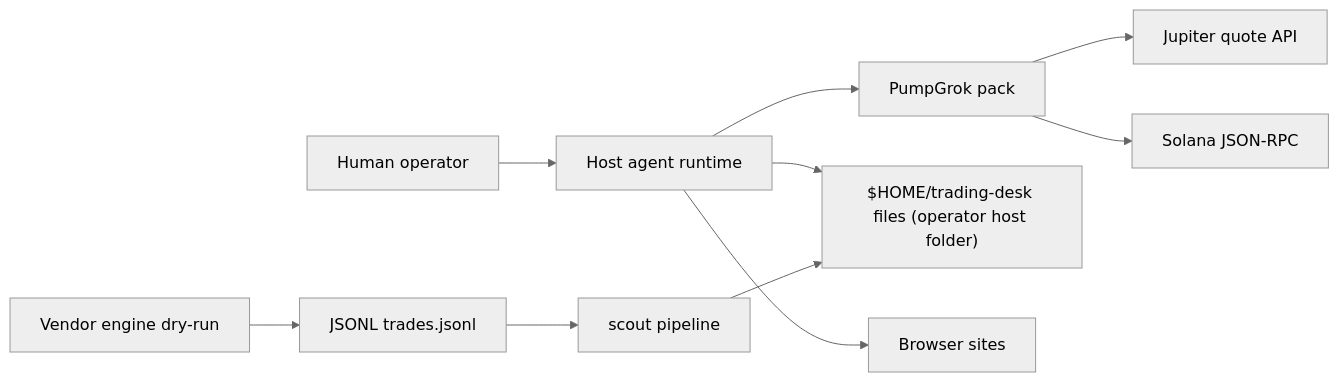
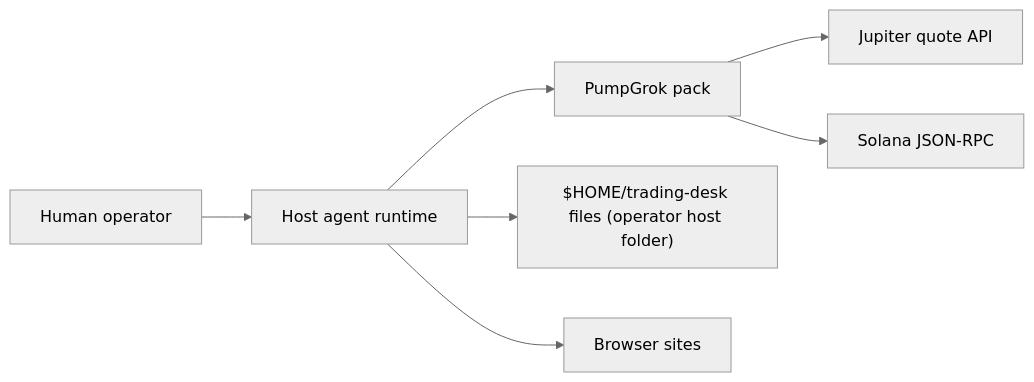
One commit to swcstudiospace/PumpGrok changed the first of 2 diagrams in ARCHITECTURE.md. Above: the diagram before and after it, drawn with Mermaid (neutral theme). The commit also changed other lines of this file and 4 other files, not shown here.

Commit message:
docs: DOC-03 round 2: state what the CLI and setup write; drop retired diagram nodes; fix CLAUDE.md anchors (phase 21)

````diff
--- a/ARCHITECTURE.md
+++ b/ARCHITECTURE.md
@@ -35,23 +35,17 @@
 ```mermaid
 flowchart LR
   Human[Human operator]
   Host[Host agent runtime]
   Pack[PumpGrok pack]
   Desk["$HOME/trading-desk files (operator host folder)"]
   Jup[Jupiter quote API]
   Rpc[Solana JSON-RPC]
   Web[Browser sites]
-  Vendor[Vendor engine dry-run]
-  Jsonl[JSONL trades.jsonl]
-  Bridge[scout pipeline]
 
   Human --> Host
   Host --> Pack
   Host --> Desk
   Host --> Web
   Pack --> Jup
   Pack --> Rpc
-  Vendor --> Jsonl
-  Jsonl --> Bridge
-  Bridge --> Desk
 ```
````
